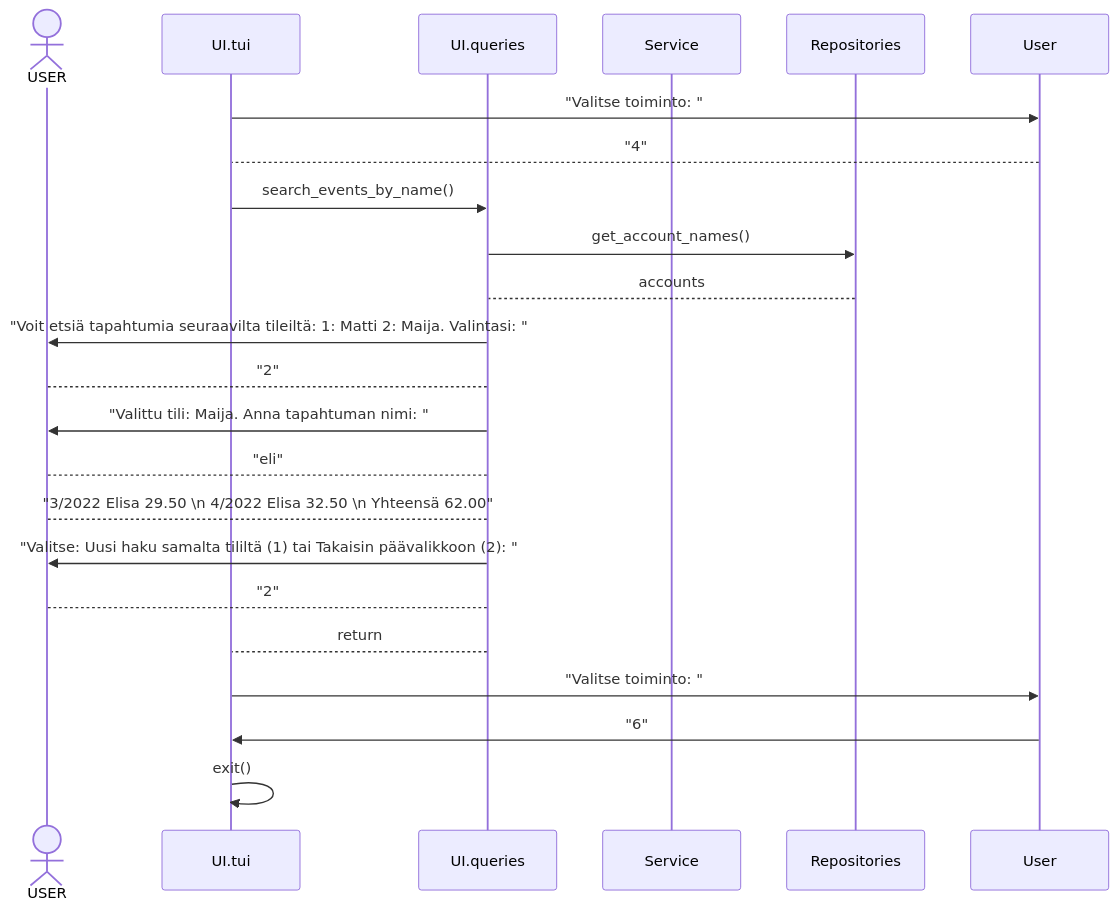
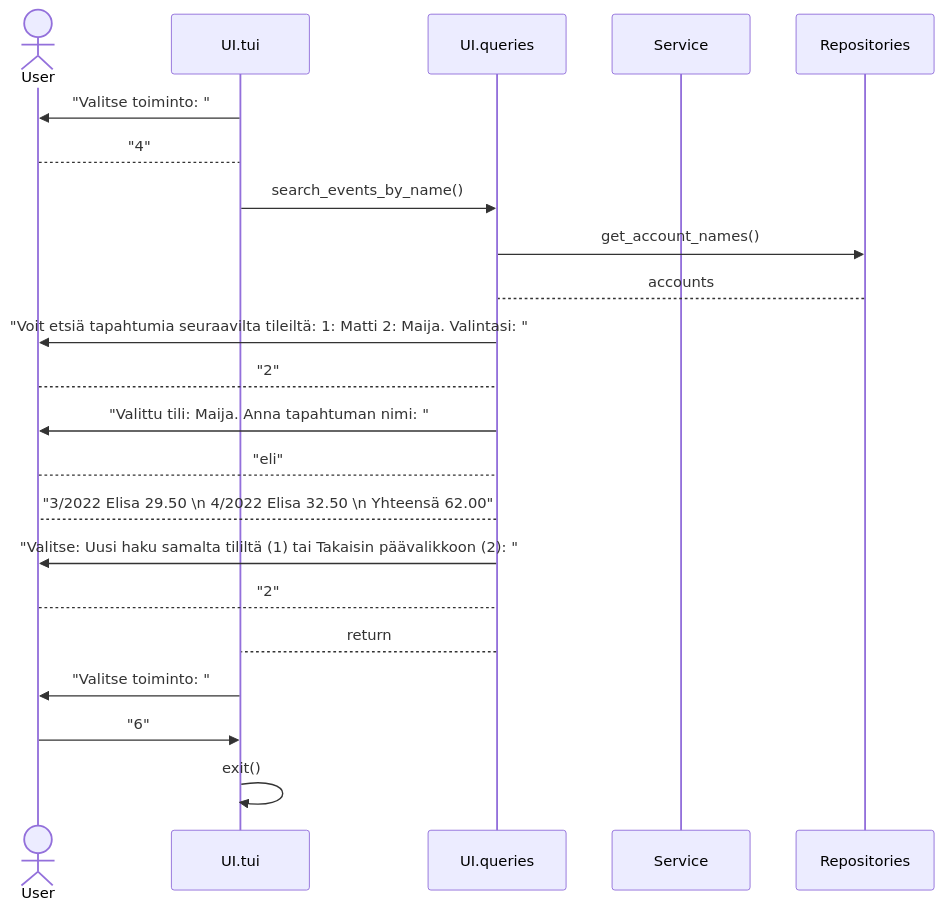
Before and after one commit to rpessi/ot-harjoitustyo: the third of 3 diagrams in dokumentaatio/arkkitehtuuri.md, drawn with Mermaid.

Commit message:
Korjattu kirjoitusvirheet sekvenssikaaviosta

````diff
--- a/dokumentaatio/arkkitehtuuri.md
+++ b/dokumentaatio/arkkitehtuuri.md
@@ -75,24 +75,24 @@
 ```mermaid
 sequenceDiagram
-   actor USER
+   actor User
    participant UI.tui
    Participant UI.queries
    participant Service
    participant Repositories
    UI.tui->>User: "Valitse toiminto: "
    User-->UI.tui: "4"
    UI.tui->>UI.queries: search_events_by_name()
    UI.queries->>Repositories: get_account_names()
    Repositories-->UI.queries: accounts
-   UI.queries->>USER: "Voit etsiä tapahtumia seuraavilta tileiltä: 1: Matti 2: Maija. Valintasi: "
-   USER-->UI.queries: "2"
-   UI.queries->>USER: "Valittu tili: Maija. Anna tapahtuman nimi: "
-   USER-->UI.queries: "eli"
-   UI.queries-->USER: "3/2022 Elisa 29.50 \n 4/2022 Elisa 32.50 \n Yhteensä 62.00"
-   UI.queries->>USER: "Valitse: Uusi haku samalta tililtä (1) tai Takaisin päävalikkoon (2): "
-   USER-->UI.queries: "2"
+   UI.queries->>User: "Voit etsiä tapahtumia seuraavilta tileiltä: 1: Matti 2: Maija. Valintasi: "
+   User-->UI.queries: "2"
+   UI.queries->>User: "Valittu tili: Maija. Anna tapahtuman nimi: "
+   User-->UI.queries: "eli"
+   UI.queries-->User: "3/2022 Elisa 29.50 \n 4/2022 Elisa 32.50 \n Yhteensä 62.00"
+   UI.queries->>User: "Valitse: Uusi haku samalta tililtä (1) tai Takaisin päävalikkoon (2): "
+   User-->UI.queries: "2"
    UI.queries-->UI.tui: return
    UI.tui->>User: "Valitse toiminto: "
    User->>UI.tui: "6"
    UI.tui->>UI.tui: exit()
 ```
````
